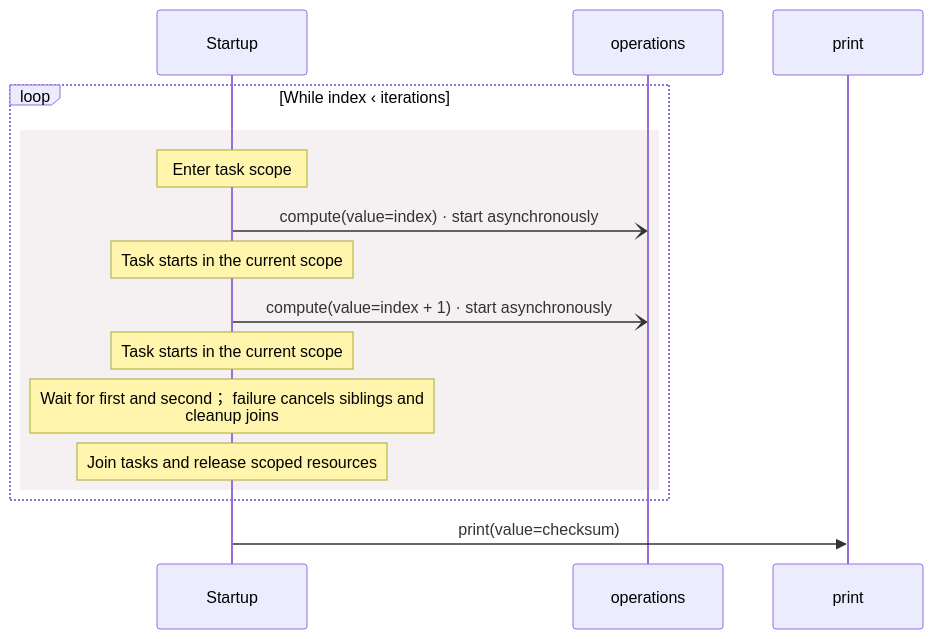
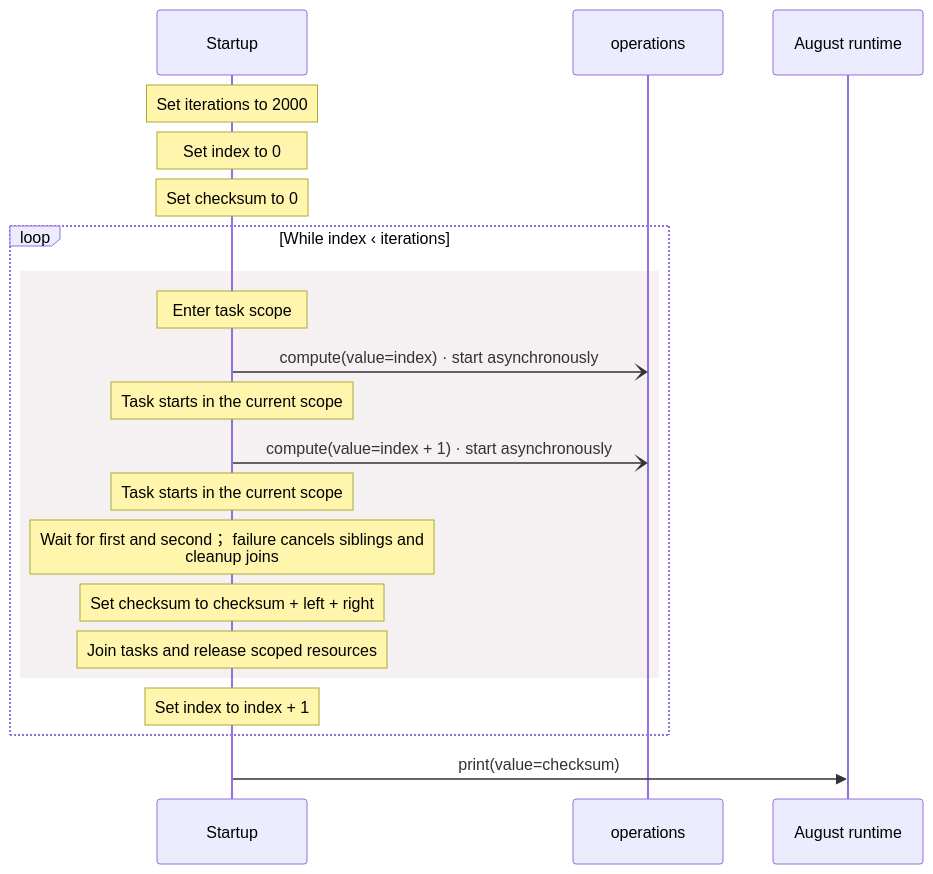
Before and after one commit to GreenPandaStudios/augscript: the diagram in benchmarks/tasks/main.aug.diagrams.md, drawn with Mermaid. The commit also changed other lines of this file and 304 other files, not shown here.

Commit message:
Make generated data-flow sequences concise and review every diagram

````diff
--- a/benchmarks/tasks/main.aug.diagrams.md
+++ b/benchmarks/tasks/main.aug.diagrams.md
@@ -30,18 +18,23 @@
 ```mermaid
 sequenceDiagram
     participant p0 as Startup
     participant p1 as operations
-    participant p2 as print
+    participant p2 as August runtime
+    Note over p0: Set iterations to 2000
+    Note over p0: Set index to 0
+    Note over p0: Set checksum to 0
     loop While index ‹ iterations
     rect rgb(245, 240, 241)
     Note over p0: Enter task scope
     p0-)p1: compute(value=index) · start asynchronously
     Note over p0: Task starts in the current scope
     p0-)p1: compute(value=index + 1) · start asynchronously
     Note over p0: Task starts in the current scope
     Note over p0: Wait for first and second； failure cancels siblings and<br/>cleanup joins
+    Note over p0: Set checksum to checksum + left + right
     Note over p0: Join tasks and release scoped resources
     end
+    Note over p0: Set index to index + 1
     end
     p0->>p2: print(value=checksum)
 ```
````
